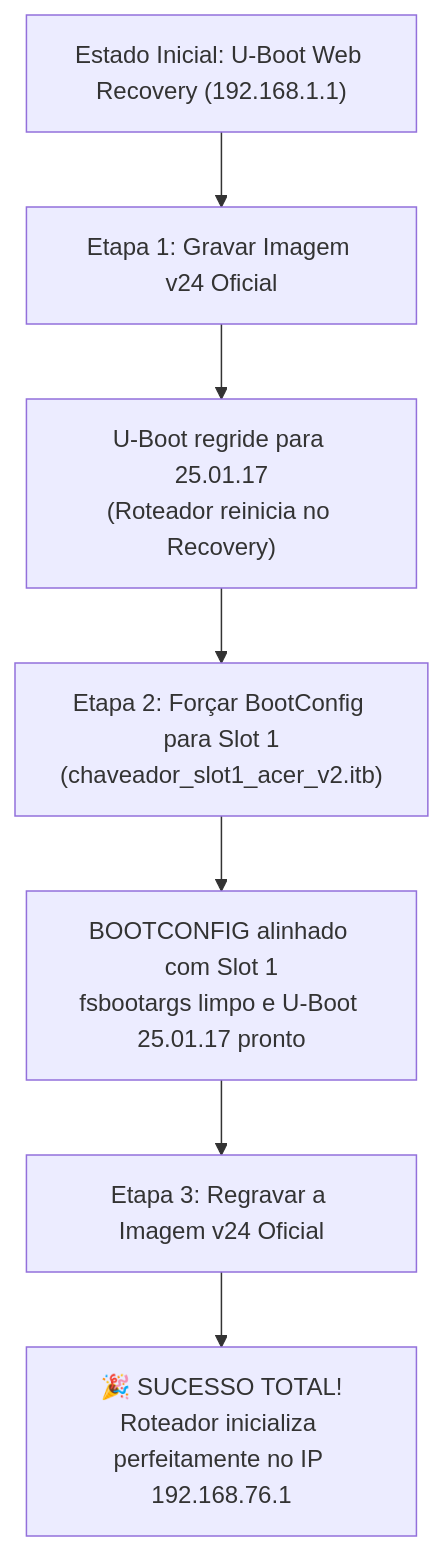
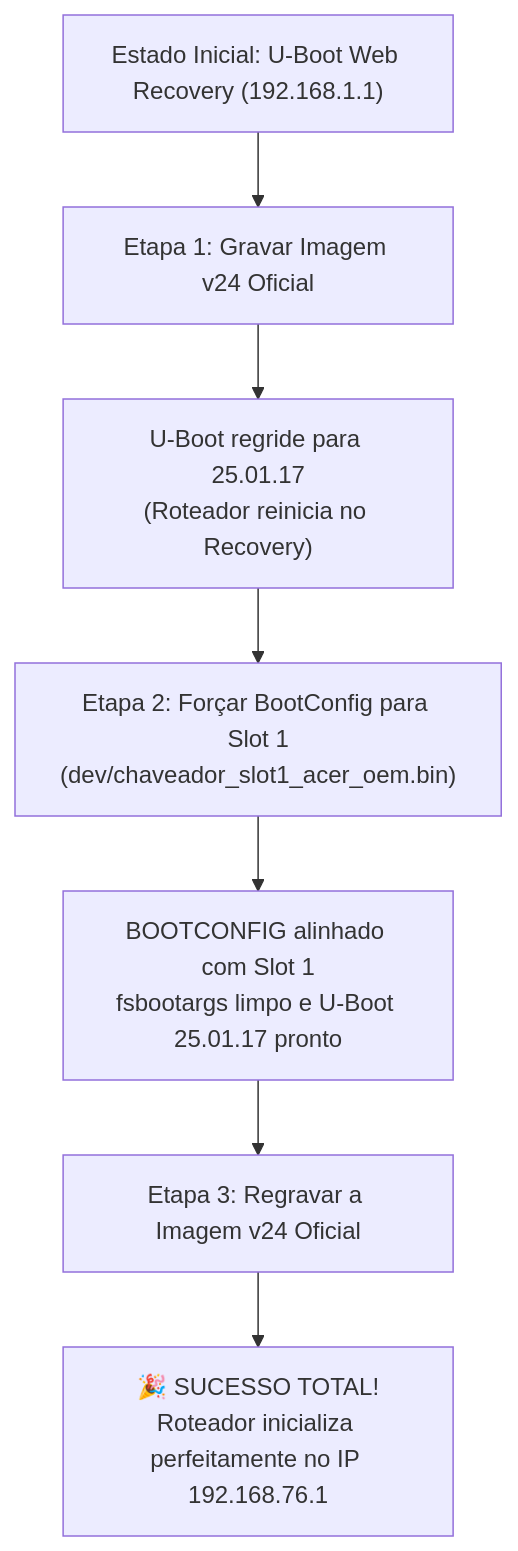
The diagram in docs/METODO_RECUPERACAO_E_DOWNGRADE_V24.md (Despensativo/Acer-Predator-Connect-T7-Wi-Fi-7), drawn with Mermaid before and after one commit. The commit also changed other lines of this file and 53 other files, not shown here.

````diff
--- a/docs/METODO_RECUPERACAO_E_DOWNGRADE_V24.md
+++ b/docs/METODO_RECUPERACAO_E_DOWNGRADE_V24.md
@@ -43,9 +43,9 @@
 ```mermaid
 flowchart TD
     A["Estado Inicial: U-Boot Web Recovery (192.168.1.1)"] --> B["Etapa 1: Gravar Imagem v24 Oficial"]
     B --> C["U-Boot regride para 25.01.17<br>(Roteador reinicia no Recovery)"]
-    C --> D["Etapa 2: Forçar BootConfig para Slot 1<br>(chaveador_slot1_acer_v2.itb)"]
+    C --> D["Etapa 2: Forçar BootConfig para Slot 1<br>(dev/chaveador_slot1_acer_oem.bin)"]
     D --> E["BOOTCONFIG alinhado com Slot 1<br>fsbootargs limpo e U-Boot 25.01.17 pronto"]
     E --> F["Etapa 3: Regravar a Imagem v24 Oficial"]
     F --> G["🎉 SUCESSO TOTAL!<br>Roteador inicializa perfeitamente no IP 192.168.76.1"]
 ```
````
